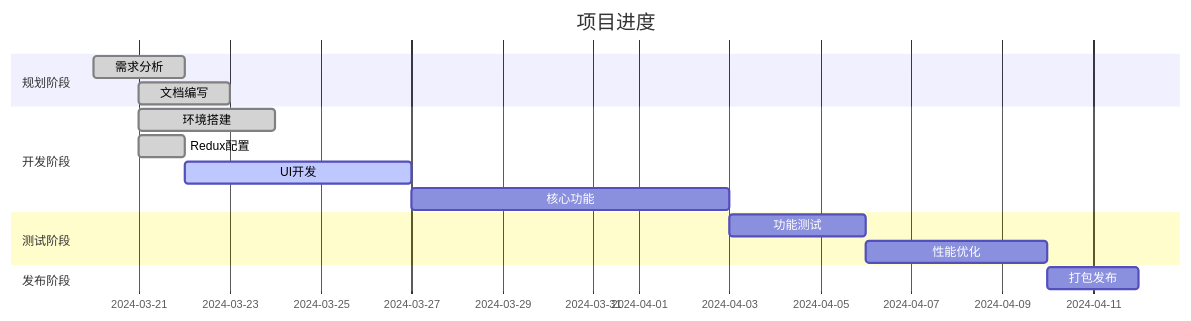
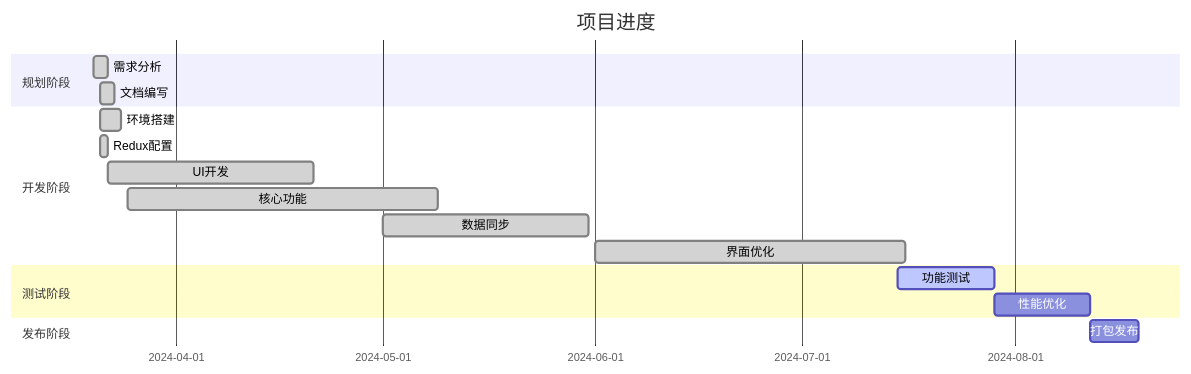
One commit to hibernate-pano/chrome-plugin-one-tab changed the diagram in memory-bank/activeContext.md. Above: the diagram before and after it, drawn with Mermaid. The commit also changed other lines of this file and 3 other files, not shown here.

````diff
--- a/memory-bank/activeContext.md
+++ b/memory-bank/activeContext.md
@@ -101,18 +94,20 @@
 ```mermaid
 gantt
     title 项目进度
     dateFormat  YYYY-MM-DD
     section 规划阶段
     需求分析    :done,    des1, 2024-03-20, 2d
     文档编写    :done,    des2, 2024-03-21, 2d
     section 开发阶段
     环境搭建    :done,    des3, 2024-03-21, 3d
     Redux配置   :done,    des4, 2024-03-21, 1d
-    UI开发      :active,  des5, 2024-03-22, 5d
-    核心功能    :         des6, after des5, 7d
+    UI开发      :done,    des5, 2024-03-22, 30d
+    核心功能    :done,    des6, 2024-03-25, 45d
+    数据同步    :done,    des7, 2024-05-01, 30d
+    界面优化    :done,    des8, 2024-06-01, 45d
     section 测试阶段
-    功能测试    :         des7, after des6, 3d
-    性能优化    :         des8, after des7, 4d
+    功能测试    :active,  des9, 2024-07-15, 14d
+    性能优化    :         des10, after des9, 14d
     section 发布阶段
-    打包发布    :         des9, after des8, 2d
-``` 
+    打包发布    :         des11, after des10, 7d
+```
````
